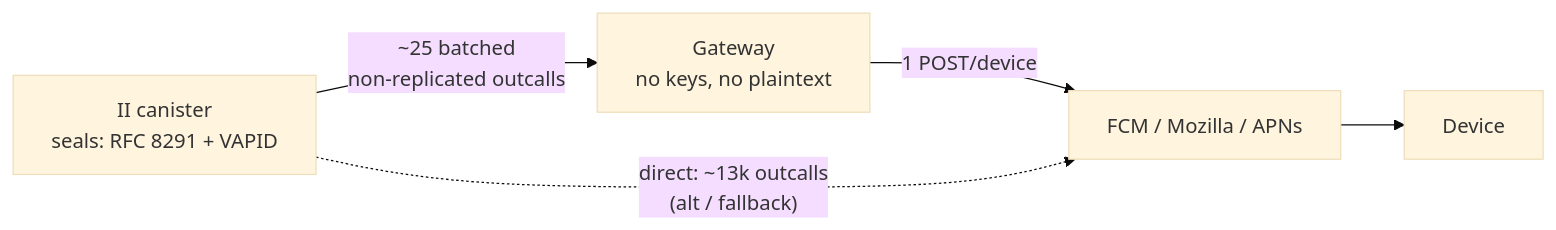
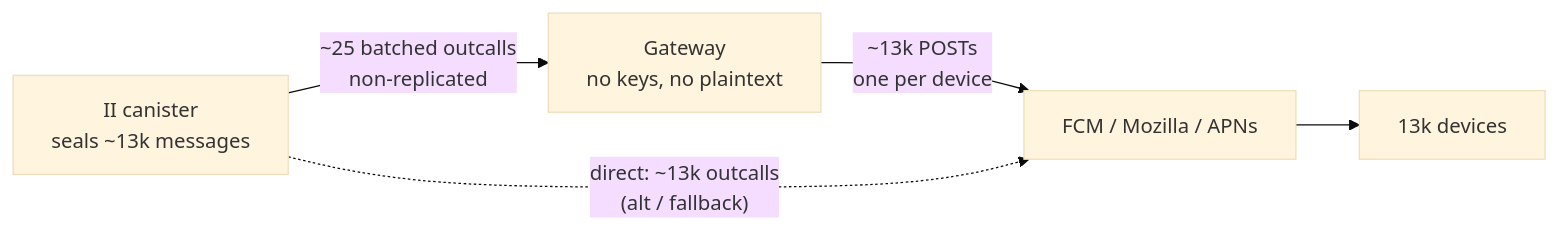
The third of 6 diagrams in docs/push-notifications.md (dfinity/internet-identity), drawn with Mermaid (base theme) before and after one commit. The commit also changed other lines of this file, not shown here.

Commit message:
docs(be,fe): anchor the delivery diagram to a concrete 10k-user blast

````diff
--- a/docs/push-notifications.md
+++ b/docs/push-notifications.md
@@ -398,7 +401,7 @@
 ```mermaid
 flowchart LR
-    II[II canister<br/>seals: RFC 8291 + VAPID] -->|~25 batched<br/>non-replicated outcalls| GW[Gateway<br/>no keys, no plaintext]
-    GW -->|1 POST/device| R[FCM / Mozilla / APNs]
-    R --> D[Device]
+    II[II canister<br/>seals ~13k messages] -->|~25 batched outcalls<br/>non-replicated| GW[Gateway<br/>no keys, no plaintext]
+    GW -->|~13k POSTs<br/>one per device| R[FCM / Mozilla / APNs]
+    R --> D[13k devices]
     II -.->|"direct: ~13k outcalls<br/>(alt / fallback)"| R
 ```
````
